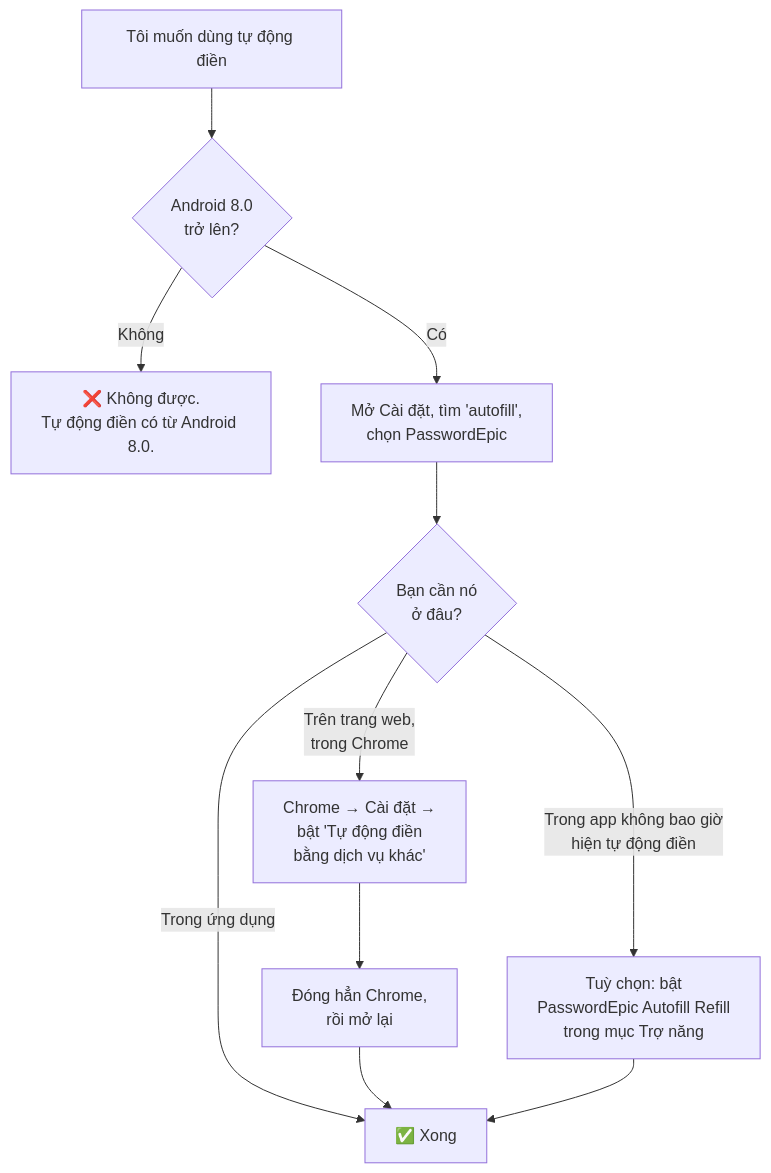
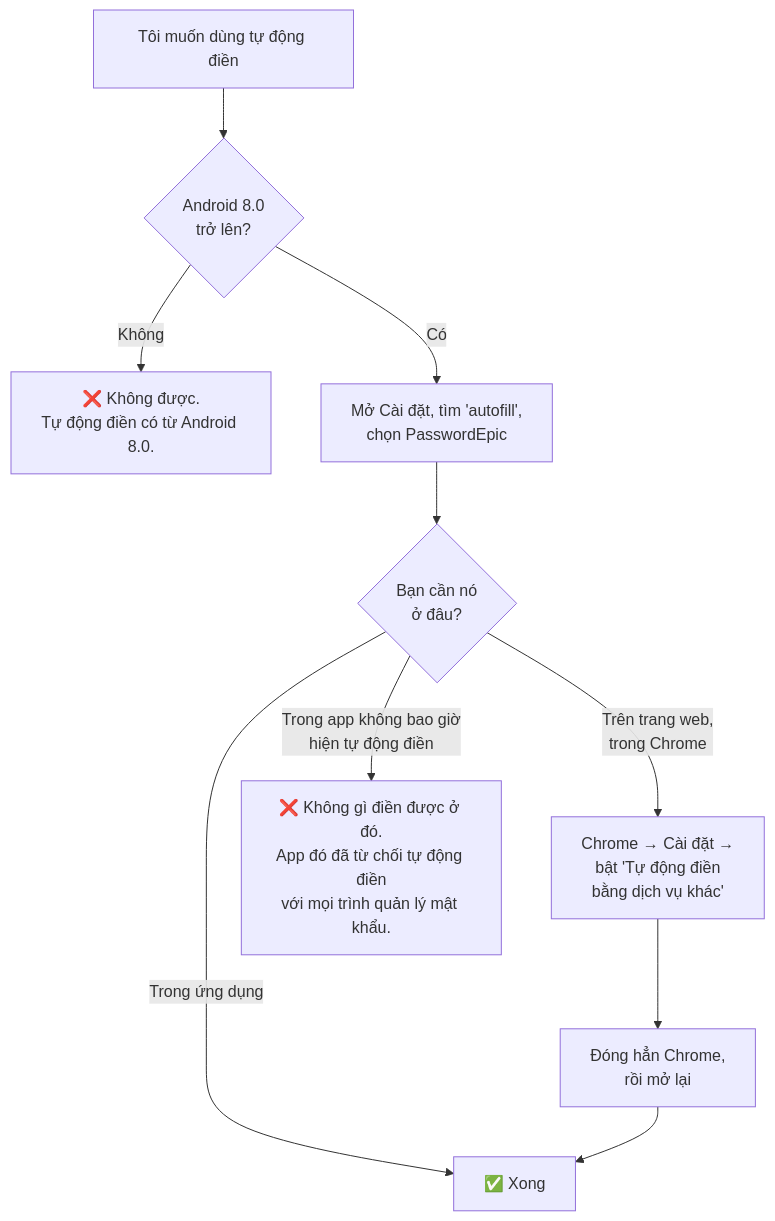
The first of 3 diagrams in i18n/vi/docusaurus-plugin-content-docs/current/autofill.md (TuPhung369/passwordepic-website), drawn with Mermaid before and after one commit. The commit also changed other lines of this file and 3 other files, not shown here.

````diff
--- a/i18n/vi/docusaurus-plugin-content-docs/current/autofill.md
+++ b/i18n/vi/docusaurus-plugin-content-docs/current/autofill.md
@@ -25,13 +25,12 @@
 ```mermaid
 flowchart TD
   A["Tôi muốn dùng tự động điền"] --> B{"Android 8.0<br/>trở lên?"}
   B -->|"Không"| X["❌ Không được.<br/>Tự động điền có từ Android 8.0."]
   B -->|"Có"| C["Mở Cài đặt, tìm 'autofill',<br/>chọn PasswordEpic"]
   C --> D{"Bạn cần nó<br/>ở đâu?"}
   D -->|"Trong ứng dụng"| E["✅ Xong"]
   D -->|"Trên trang web,<br/>trong Chrome"| F["Chrome → Cài đặt →<br/>bật 'Tự động điền<br/>bằng dịch vụ khác'"]
   F --> G["Đóng hẳn Chrome,<br/>rồi mở lại"]
   G --> E
-  D -->|"Trong app không bao giờ<br/>hiện tự động điền"| H["Tuỳ chọn: bật<br/>PasswordEpic Autofill Refill<br/>trong mục Trợ năng"]
-  H --> E
+  D -->|"Trong app không bao giờ<br/>hiện tự động điền"| H["❌ Không gì điền được ở đó.<br/>App đó đã từ chối tự động điền<br/>với mọi trình quản lý mật khẩu."]
 ```
````
